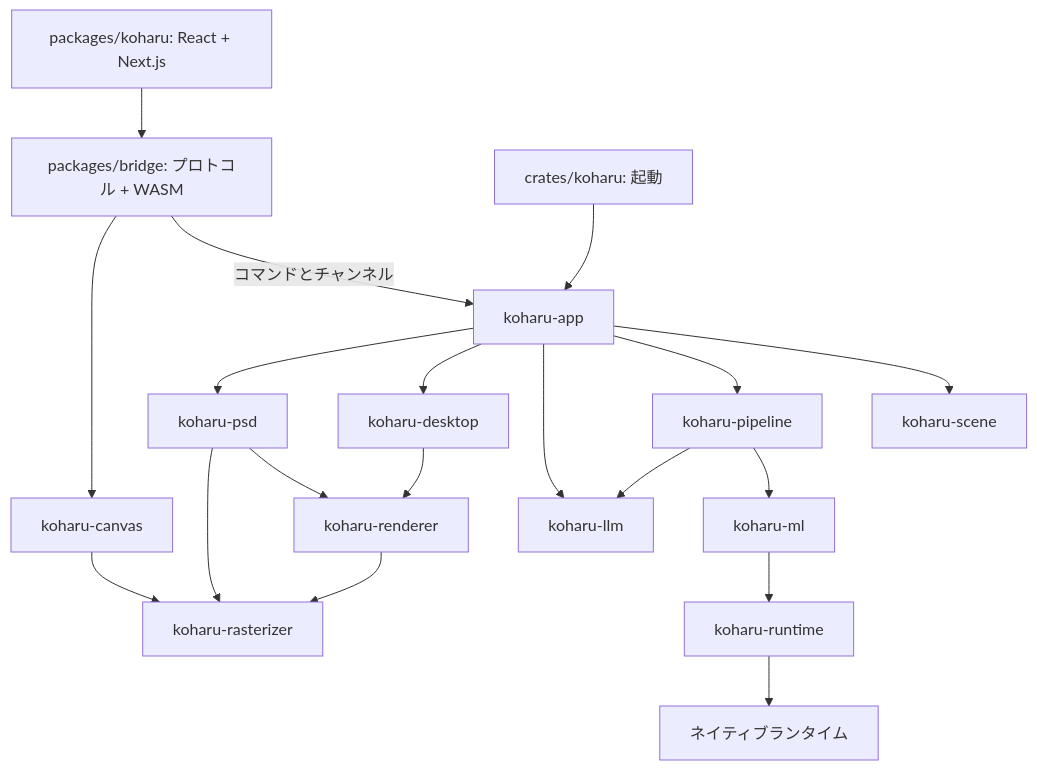
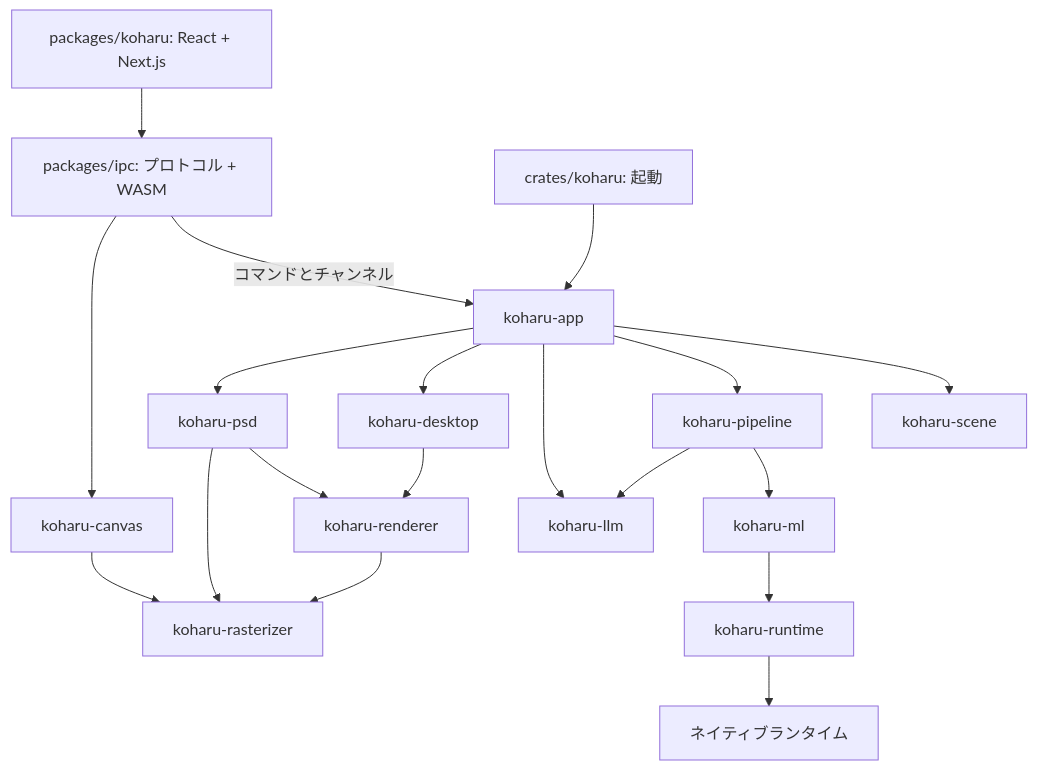
One commit to Endymi0n74/Koharu changed the diagram in packages/docs/ja/development/architecture.mdx. Above: the diagram before and after it, drawn with Mermaid. The commit also changed other lines of this file and 76 other files, not shown here.

Commit message:
refactor!: own the window on the main thread, trace every command through headers and every run in the pipeline, name commands verb plus noun, rename the bridge package to ipc, and list projects by last change

````diff
--- a/packages/docs/ja/development/architecture.mdx
+++ b/packages/docs/ja/development/architecture.mdx
@@ -9,14 +9,14 @@
 ```mermaid
 flowchart TB
-  ui["packages/koharu: React + Next.js"] --> bridge["packages/bridge: プロトコル + WASM"]
+  ui["packages/koharu: React + Next.js"] --> ipc["packages/ipc: プロトコル + WASM"]
   entry["crates/koharu: 起動"] --> app["koharu-app"]
-  bridge -->|"コマンドとチャンネル"| app
+  ipc -->|"コマンドとチャンネル"| app
   app --> scene["koharu-scene"]
   app --> pipeline["koharu-pipeline"] --> ml["koharu-ml"] --> runtime["koharu-runtime"] --> native["ネイティブランタイム"]
   app --> llm["koharu-llm"]
   pipeline --> llm
   app --> desktop["koharu-desktop"] --> renderer["koharu-renderer"] --> rasterizer["koharu-rasterizer"]
-  bridge --> canvas["koharu-canvas"] --> rasterizer
+  ipc --> canvas["koharu-canvas"] --> rasterizer
   app --> psd["koharu-psd"] --> renderer
   psd --> rasterizer
 ```
````
